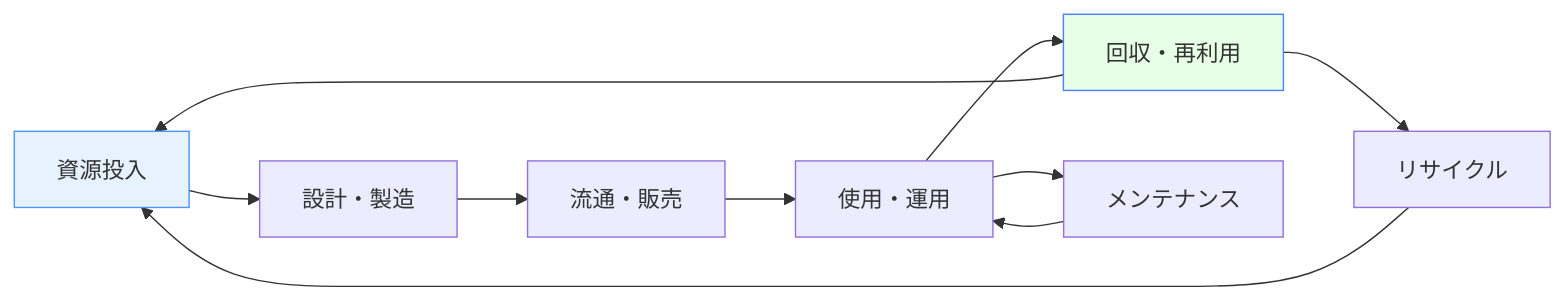
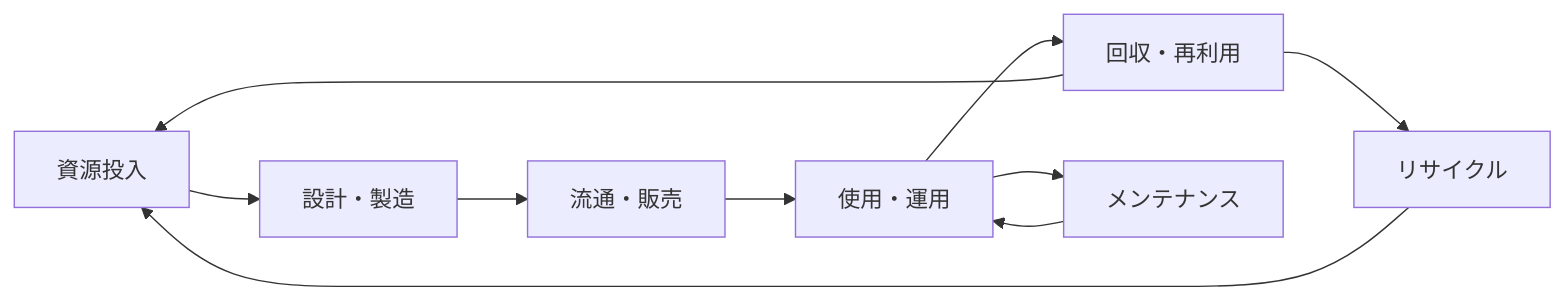
One commit to shuji-bonji/Situational-Awareness-and-Decision-Making changed the seventh of 7 diagrams in docs/applications/industrial.md. Above: the diagram before and after it, drawn with Mermaid. The commit also changed other lines of this file and 49 other files, not shown here.

Commit message:
fix: ダークモードで見づらい図の色の変更

````diff
--- a/docs/applications/industrial.md
+++ b/docs/applications/industrial.md
@@ -532,16 +532,16 @@
 ```mermaid
 graph LR
     A[資源投入] --> B[設計・製造]
     B --> C[流通・販売]
     C --> D[使用・運用]
     D --> E[回収・再利用]
     E --> A
     
     D --> F[メンテナンス]
     F --> D
     E --> G[リサイクル]
     G --> A
     
-    style A fill:#e6f2ff,stroke:#4d94ff
-    style E fill:#e6ffe6,stroke:#4d7fff
+
+
 ```
````
